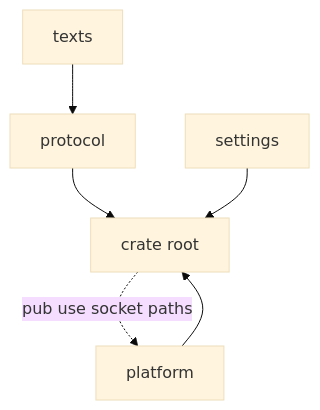
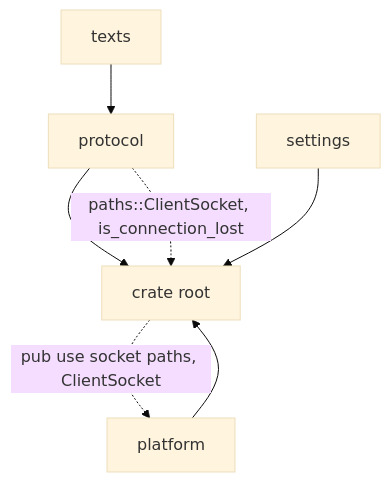
The diagram in docs/core/islands/base.md (y5ez3g/facadecode), drawn with Mermaid (base theme) before and after one commit. The commit also changed other lines of this file and 44 other files, not shown here.

````diff
--- a/docs/core/islands/base.md
+++ b/docs/core/islands/base.md
@@ -123,8 +155,9 @@
 ```mermaid
 graph TD
   texts --> protocol
   protocol --> root[crate root]
   platform --> root
   settings --> root
-  root -. "pub use socket paths" .-> platform
+  root -. "pub use socket paths, ClientSocket" .-> platform
+  protocol -. "paths::ClientSocket, is_connection_lost" .-> root
 ```
````
